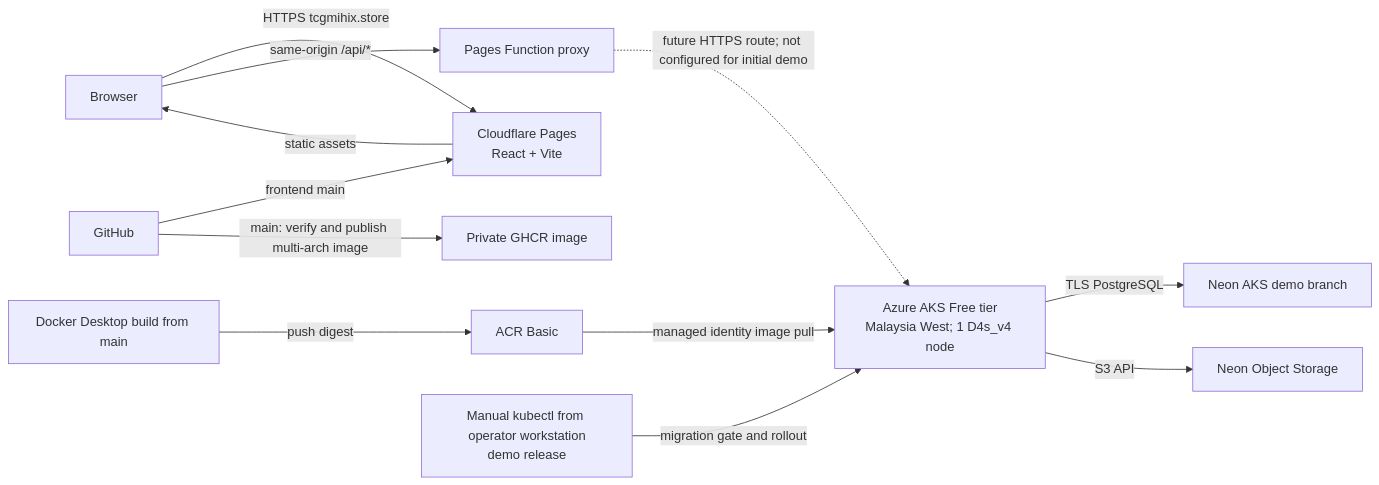
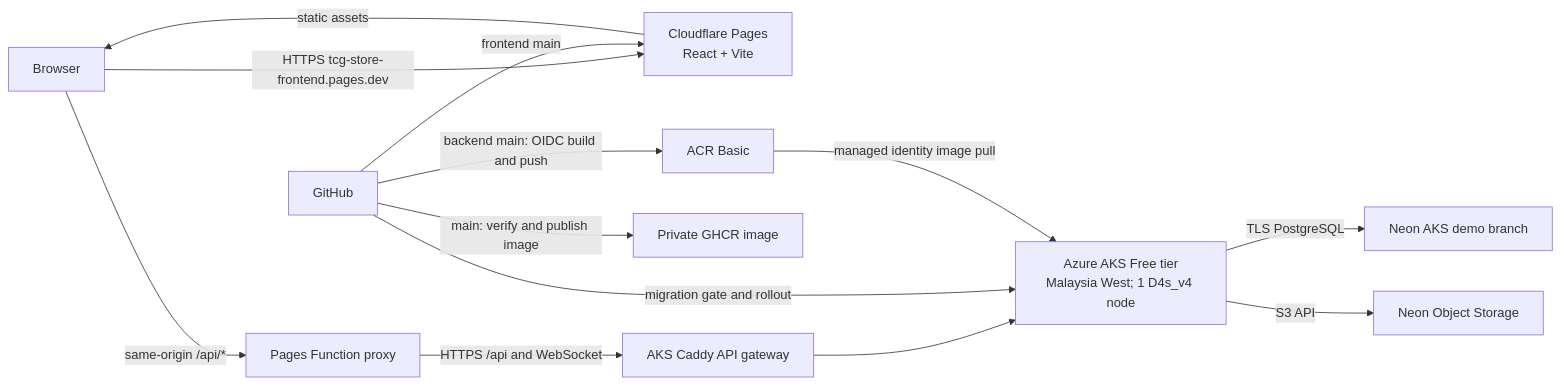
Before and after one commit to MUDST-2026-luntungsadungyong/tcg-store-backend: the diagram in docs/cloud-deployment-plan-2026-11-10.md, drawn with Mermaid. The commit also changed other lines of this file and 1 other file, not shown here.

Commit message:
docs: record live Cloudflare and API-only AKS architecture

````diff
--- a/docs/cloud-deployment-plan-2026-11-10.md
+++ b/docs/cloud-deployment-plan-2026-11-10.md
@@ -82,14 +82,15 @@
 ```mermaid
 flowchart LR
-  Browser -->|HTTPS tcgmihix.store| Pages[Cloudflare Pages<br/>React + Vite]
+  Browser -->|HTTPS tcg-store-frontend.pages.dev| Pages[Cloudflare Pages<br/>React + Vite]
   Pages -->|static assets| Browser
   Browser -->|same-origin /api/*| Fn[Pages Function proxy]
-  Fn -.->|future HTTPS route; not configured for initial demo| AKS[Azure AKS Free tier<br/>Malaysia West; 1 D4s_v4 node]
+  Fn -->|HTTPS /api and WebSocket| Gateway[AKS Caddy API gateway]
+  Gateway --> AKS[Azure AKS Free tier<br/>Malaysia West; 1 D4s_v4 node]
   AKS -->|TLS PostgreSQL| Neon[Neon AKS demo branch]
   AKS -->|S3 API| Objects[Neon Object Storage]
   GH[GitHub] -->|frontend main| Pages
-  GH -->|main: verify and publish multi-arch image| GHCR[Private GHCR image]
-  Docker[Docker Desktop build from main] -->|push digest| ACR[ACR Basic]
-  Runner[Manual kubectl from operator workstation<br/>demo release] -->|migration gate and rollout| AKS
+  GH -->|main: verify and publish image| GHCR[Private GHCR image]
+  GH -->|backend main: OIDC build and push| ACR[ACR Basic]
+  GH -->|migration gate and rollout| AKS
   ACR -->|managed identity image pull| AKS
 ```
````
